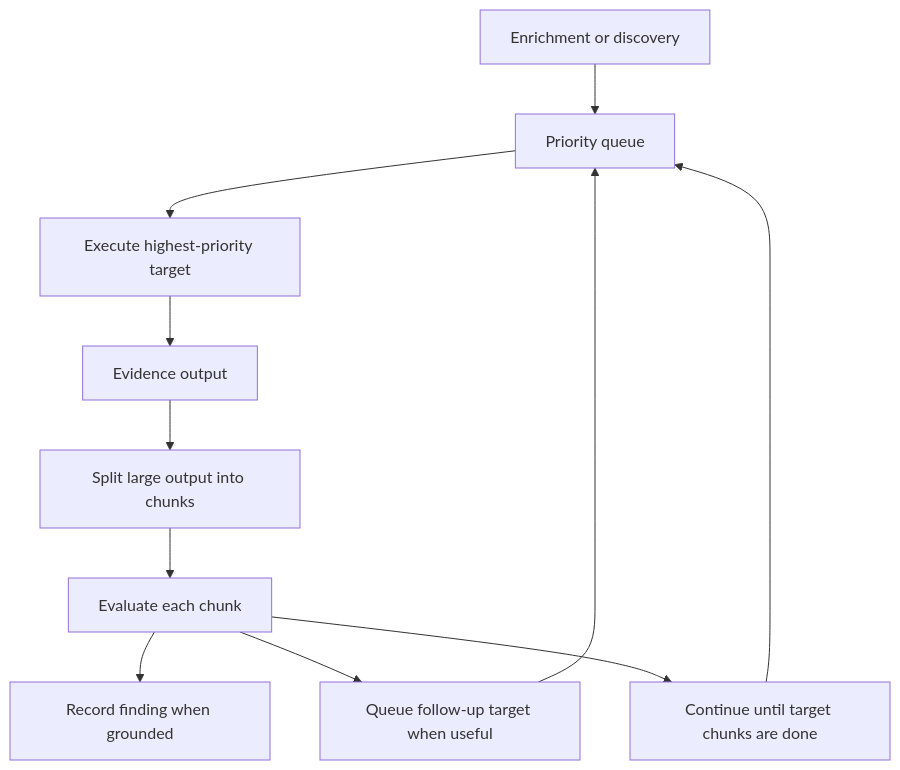
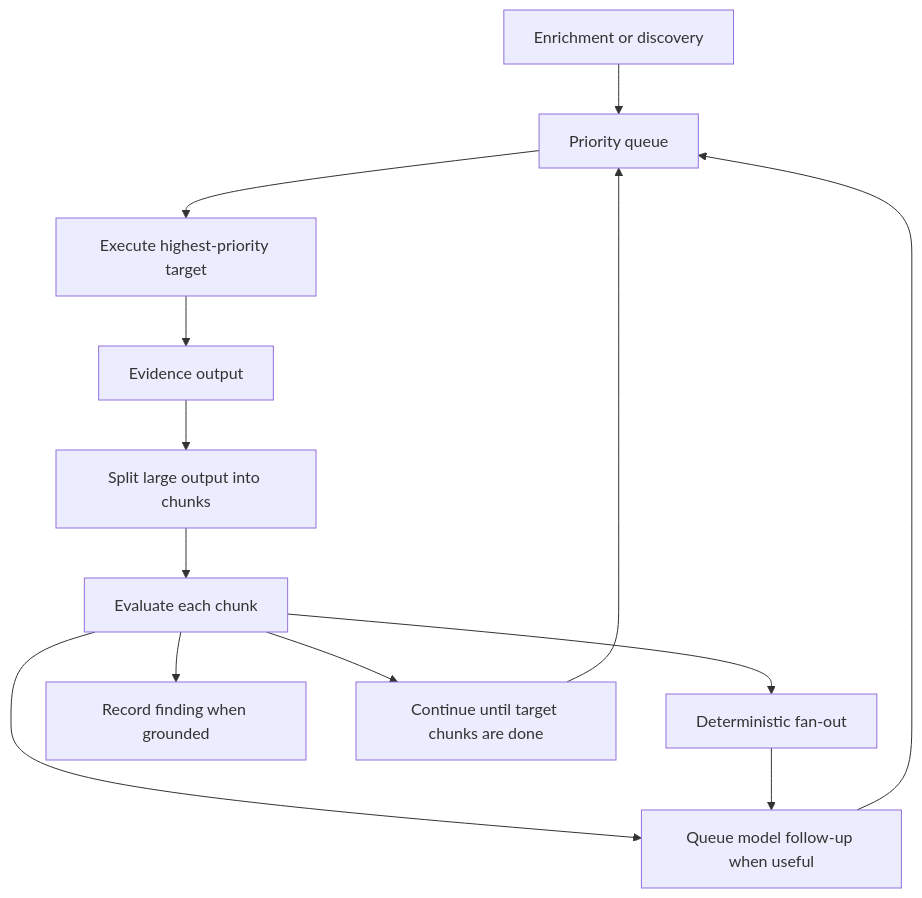
The diagram in docs/phases/reversing.md (pablo-972/AIM), drawn with Mermaid before and after one commit. The commit also changed other lines of this file and 1 other file, not shown here.

````diff
--- a/docs/phases/reversing.md
+++ b/docs/phases/reversing.md
@@ -29,13 +33,15 @@
 ```mermaid
 flowchart TD
     Seed[Enrichment or discovery] --> Queue[Priority queue]
     Queue --> Target[Execute highest-priority target]
     Target --> Output[Evidence output]
     Output --> Chunks[Split large output into chunks]
     Chunks --> Evaluate[Evaluate each chunk]
+    Evaluate --> Fanout[Deterministic fan-out]
     Evaluate --> Finding[Record finding when grounded]
-    Evaluate --> FollowUp[Queue follow-up target when useful]
+    Evaluate --> FollowUp[Queue model follow-up when useful]
+    Fanout --> FollowUp
     FollowUp --> Queue
     Evaluate --> Next[Continue until target chunks are done]
     Next --> Queue
 ```
````
